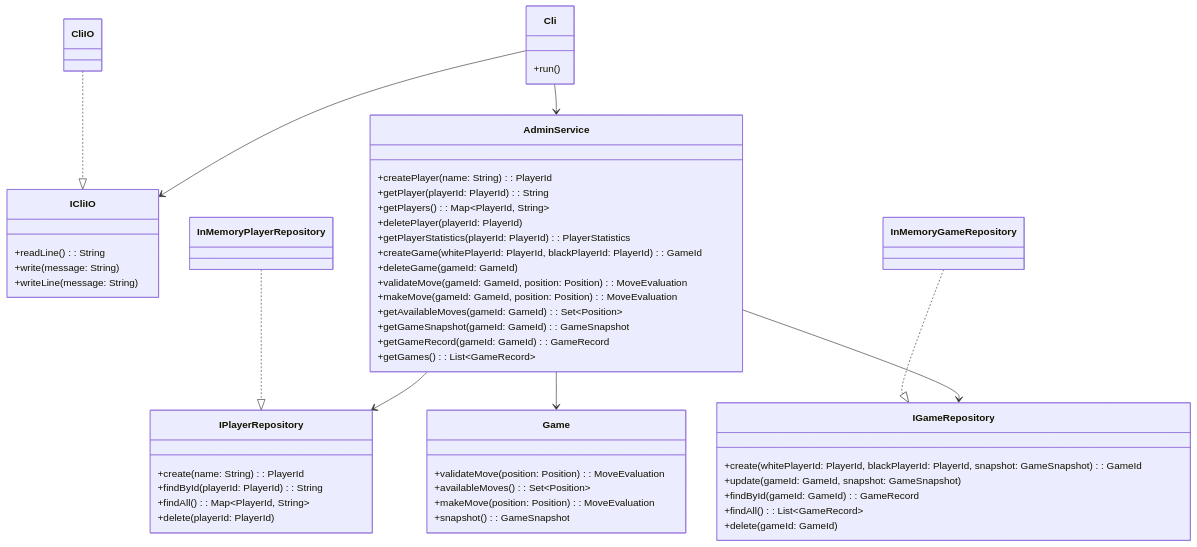
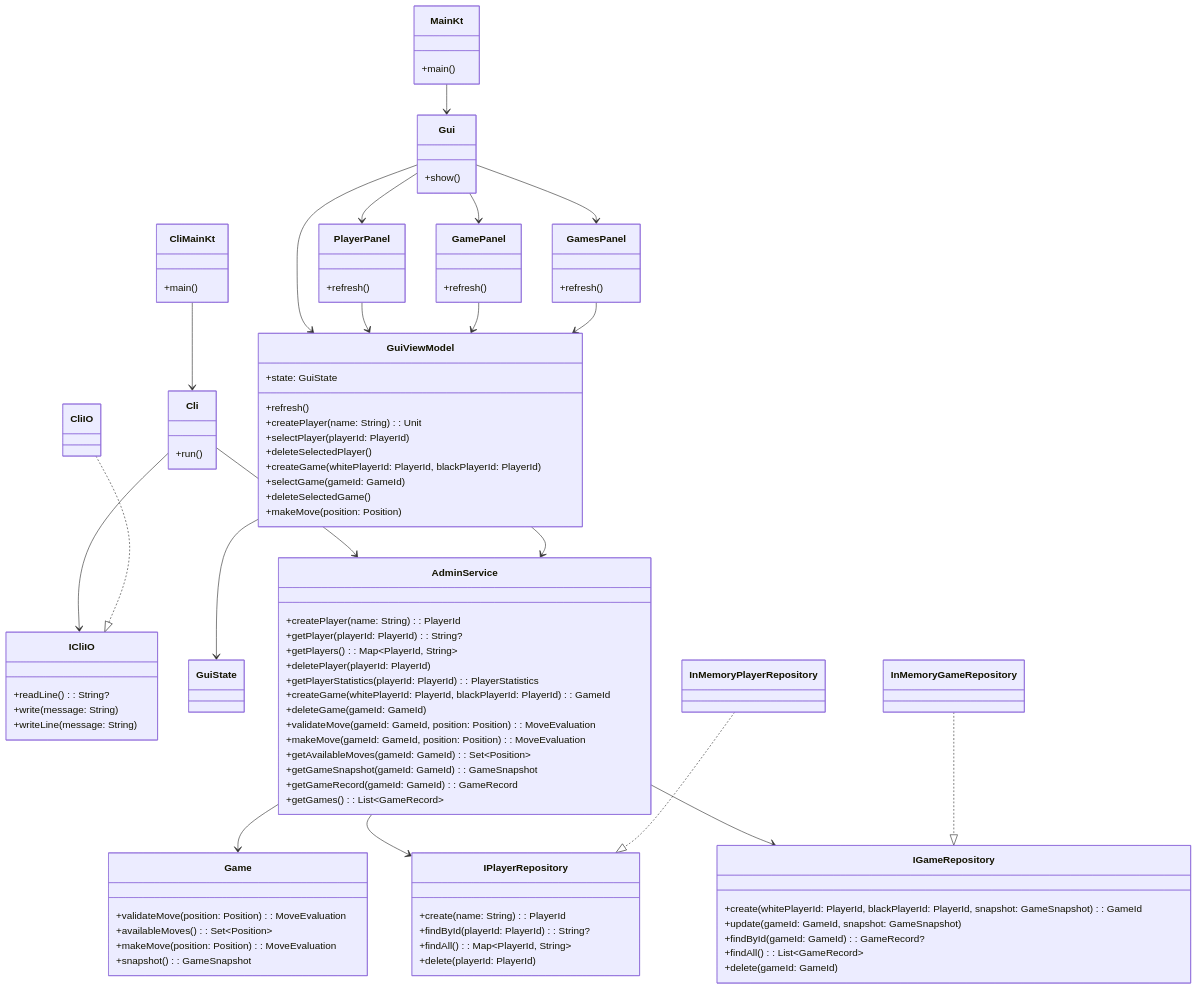
One commit to GidRadium/reversi-admin-panel changed the diagram in docs/ARCHITECTURE.md. Above: the diagram before and after it, drawn with Mermaid. The commit also changed 4 other files, not shown here.

````diff
--- a/docs/ARCHITECTURE.md
+++ b/docs/ARCHITECTURE.md
@@ -1,30 +1,61 @@
 ```mermaid
 classDiagram
 
+class MainKt {
+    +main()
+}
+
+class CliMainKt {
+    +main()
+}
+
+class Cli {
+    +run()
+}
+
 class ICliIO {
-    +readLine(): String
+    +readLine(): String?
     +write(message: String)
     +writeLine(message: String)
 }
 
-class IPlayerRepository {
-    +create(name: String): PlayerId
-    +findById(playerId: PlayerId): String
-    +findAll(): Map~PlayerId, String~
-    +delete(playerId: PlayerId)
+class CliIO {
 }
 
-class IGameRepository {
-    +create(whitePlayerId: PlayerId, blackPlayerId: PlayerId, snapshot: GameSnapshot): GameId
-    +update(gameId: GameId, snapshot: GameSnapshot)
-    +findById(gameId: GameId): GameRecord
-    +findAll(): List~GameRecord~
-    +delete(gameId: GameId)
+class Gui {
+    +show()
+}
+
+class PlayerPanel {
+    +refresh()
+}
+
+class GamePanel {
+    +refresh()
+}
+
+class GamesPanel {
+    +refresh()
+}
+
+class GuiViewModel {
+    +state: GuiState
+    +refresh()
+    +createPlayer(name: String): Unit
+    +selectPlayer(playerId: PlayerId)
+    +deleteSelectedPlayer()
+    +createGame(whitePlayerId: PlayerId, blackPlayerId: PlayerId)
+    +selectGame(gameId: GameId)
+    +deleteSelectedGame()
+    +makeMove(position: Position)
+}
+
+class GuiState {
 }
 
 class AdminService {
     +createPlayer(name: String): PlayerId
-    +getPlayer(playerId: PlayerId): String
+    +getPlayer(playerId: PlayerId): String?
     +getPlayers(): Map~PlayerId, String~
     +deletePlayer(playerId: PlayerId)
     +getPlayerStatistics(playerId: PlayerId): PlayerStatistics
@@ -45,11 +76,19 @@
     +snapshot(): GameSnapshot
 }
 
-class Cli {
-    +run()
+class IPlayerRepository {
+    +create(name: String): PlayerId
+    +findById(playerId: PlayerId): String?
+    +findAll(): Map~PlayerId, String~
+    +delete(playerId: PlayerId)
 }
 
-class CliIO {
+class IGameRepository {
+    +create(whitePlayerId: PlayerId, blackPlayerId: PlayerId, snapshot: GameSnapshot): GameId
+    +update(gameId: GameId, snapshot: GameSnapshot)
+    +findById(gameId: GameId): GameRecord?
+    +findAll(): List~GameRecord~
+    +delete(gameId: GameId)
 }
 
 class InMemoryPlayerRepository {
@@ -58,13 +97,28 @@
 class InMemoryGameRepository {
 }
 
+MainKt --> Gui
+CliMainKt --> Cli
+
 Cli --> AdminService
 Cli --> ICliIO
 CliIO ..|> ICliIO
 
+Gui --> PlayerPanel
+Gui --> GamePanel
+Gui --> GamesPanel
+Gui --> GuiViewModel
+
+PlayerPanel --> GuiViewModel
+GamePanel --> GuiViewModel
+GamesPanel --> GuiViewModel
+
+GuiViewModel --> GuiState
+GuiViewModel --> AdminService
+
+AdminService --> Game
 AdminService --> IPlayerRepository
 AdminService --> IGameRepository
-AdminService --> Game
 
 InMemoryPlayerRepository ..|> IPlayerRepository
 InMemoryGameRepository ..|> IGameRepository
````
